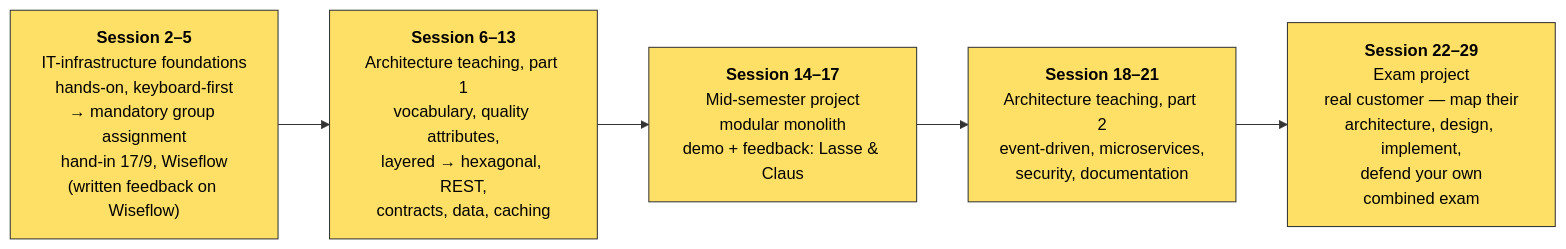
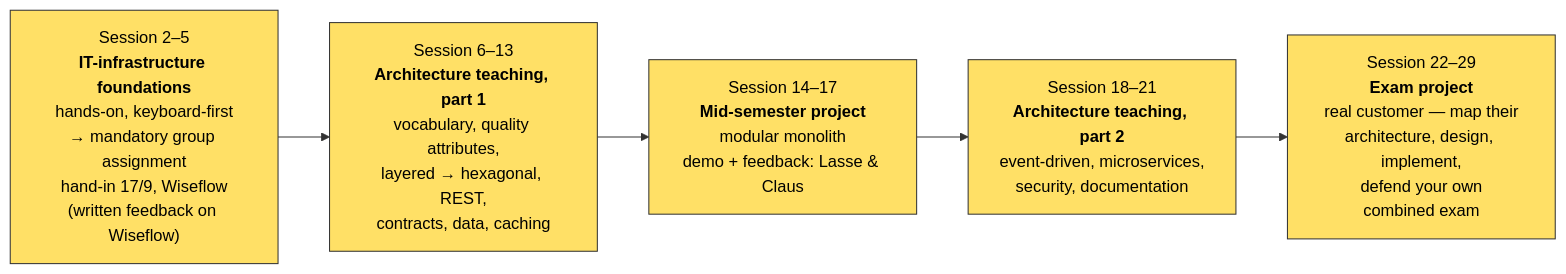
Before and after one commit to Ek-Ita-Swa-Iti/EK_ITA_SWA_2026_fall: the diagram in 01._intro_3rd_semester/README.md, drawn with Mermaid.

Commit message:
Session 1 Part 2: swap diagram bold from session range to block title

````diff
--- a/01._intro_3rd_semester/README.md
+++ b/01._intro_3rd_semester/README.md
@@ -23,11 +23,11 @@
 ```mermaid
 flowchart LR
-    A["<b>Session 2–5</b><br/>IT-infrastructure foundations<br/>hands-on, keyboard-first<br/>→ mandatory group assignment<br/>hand-in 17/9, Wiseflow<br/>(written feedback on Wiseflow)"]
-    B["<b>Session 6–13</b><br/>Architecture teaching, part 1<br/>vocabulary, quality attributes,<br/>layered → hexagonal, REST,<br/>contracts, data, caching"]
-    C["<b>Session 14–17</b><br/>Mid-semester project<br/>modular monolith<br/>demo + feedback: Lasse & Claus"]
-    D["<b>Session 18–21</b><br/>Architecture teaching, part 2<br/>event-driven, microservices,<br/>security, documentation"]
-    E["<b>Session 22–29</b><br/>Exam project<br/>real customer — map their<br/>architecture, design, implement,<br/>defend your own<br/>combined exam"]
+    A["Session 2–5<br/><b>IT-infrastructure foundations</b><br/>hands-on, keyboard-first<br/>→ mandatory group assignment<br/>hand-in 17/9, Wiseflow<br/>(written feedback on Wiseflow)"]
+    B["Session 6–13<br/><b>Architecture teaching, part 1</b><br/>vocabulary, quality attributes,<br/>layered → hexagonal, REST,<br/>contracts, data, caching"]
+    C["Session 14–17<br/><b>Mid-semester project</b><br/>modular monolith<br/>demo + feedback: Lasse & Claus"]
+    D["Session 18–21<br/><b>Architecture teaching, part 2</b><br/>event-driven, microservices,<br/>security, documentation"]
+    E["Session 22–29<br/><b>Exam project</b><br/>real customer — map their<br/>architecture, design, implement,<br/>defend your own<br/>combined exam"]
     A --> B --> C --> D --> E
     classDef yellowBg fill:#ffe066,stroke:#333,color:#000
     class A,B,C,D,E yellowBg
 ```
````
